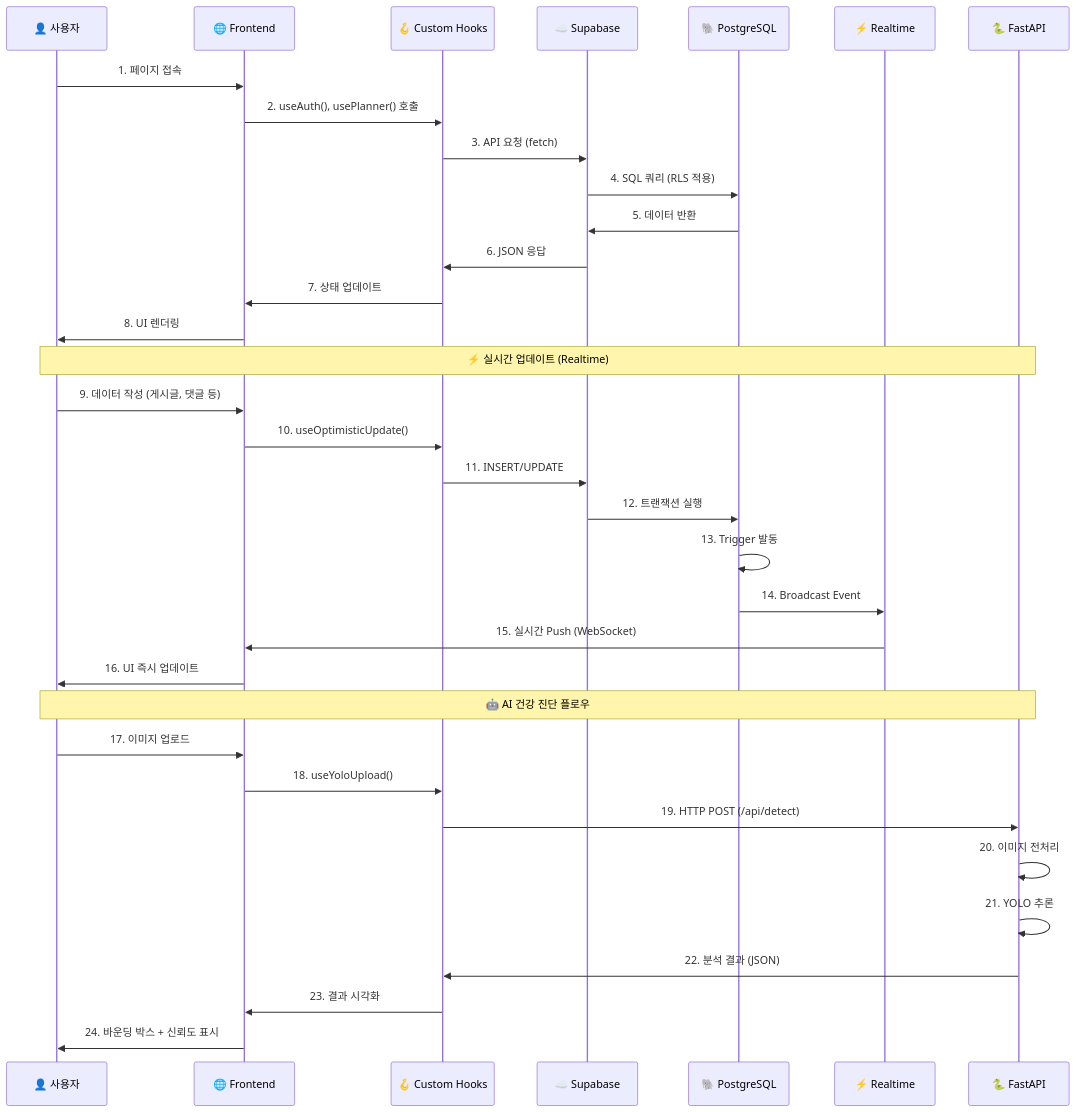
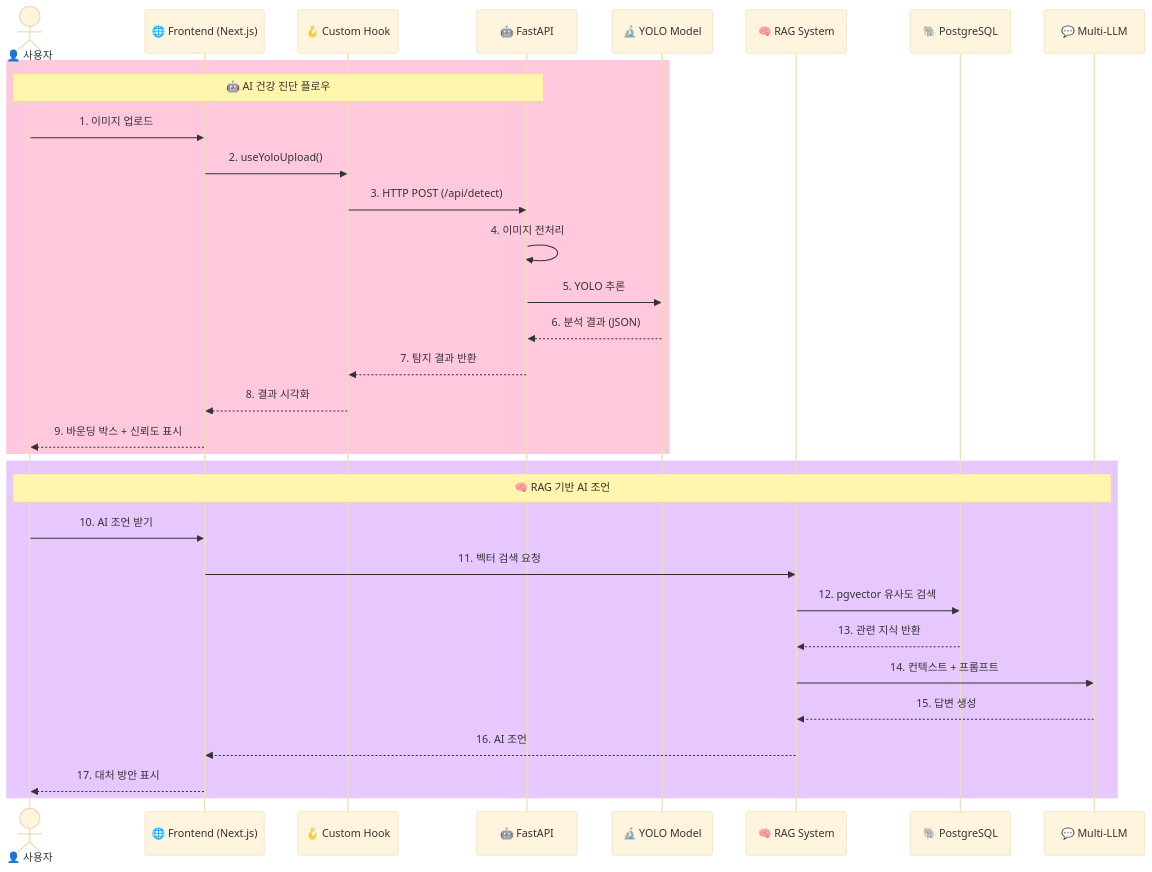
Before and after one commit to LYSS-LGU/wh07-3rd-Fetpal: the third of 9 diagrams in README.md, drawn with Mermaid. The commit also changed other lines of this file and 1 other file, not shown here.

First line of the commit message:
docs: 04_시스템아키텍처 브랜치 README를 v3 최신 버전으로 업데이트

````diff
--- a/README.md
+++ b/README.md
@@ -61,41 +74,37 @@
 ```mermaid
+%%{init: {'theme':'base', 'themeVariables': { 'fontSize':'22px', 'fontFamily':'arial'}}}%%
 sequenceDiagram
-    participant User as 👤 사용자
-    participant Frontend as 🌐 Frontend
-    participant Hooks as 🪝 Custom Hooks
-    participant Supabase as ☁️ Supabase
+    actor User as 👤 사용자
+    participant FE as 🌐 Frontend (Next.js)
+    participant Hook as 🪝 Custom Hook
+    participant AI as 🤖 FastAPI
+    participant YOLO as 🔬 YOLO Model
+    participant RAG as 🧠 RAG System
     participant DB as 🐘 PostgreSQL
-    participant Realtime as ⚡ Realtime
-    participant FastAPI as 🐍 FastAPI
+    participant LLM as 💬 Multi-LLM
 
-    User->>Frontend: 1. 페이지 접속
-    Frontend->>Hooks: 2. useAuth(), usePlanner() 호출
-    Hooks->>Supabase: 3. API 요청 (fetch)
-    Supabase->>DB: 4. SQL 쿼리 (RLS 적용)
-    DB->>Supabase: 5. 데이터 반환
-    Supabase->>Hooks: 6. JSON 응답
-    Hooks->>Frontend: 7. 상태 업데이트
-    Frontend->>User: 8. UI 렌더링
+    rect rgb(255, 200, 220)
+        Note over User,AI: 🤖 AI 건강 진단 플로우
+        User->>FE: 1. 이미지 업로드
+        FE->>Hook: 2. useYoloUpload()
+        Hook->>AI: 3. HTTP POST (/api/detect)
+        AI->>AI: 4. 이미지 전처리
+        AI->>YOLO: 5. YOLO 추론
+        YOLO-->>AI: 6. 분석 결과 (JSON)
+        AI-->>Hook: 7. 탐지 결과 반환
+        Hook-->>FE: 8. 결과 시각화
+        FE-->>User: 9. 바운딩 박스 + 신뢰도 표시
+    end
 
-    Note over User,FastAPI: ⚡ 실시간 업데이트 (Realtime)
-
-    User->>Frontend: 9. 데이터 작성 (게시글, 댓글 등)
-    Frontend->>Hooks: 10. useOptimisticUpdate()
-    Hooks->>Supabase: 11. INSERT/UPDATE
-    Supabase->>DB: 12. 트랜잭션 실행
-    DB->>DB: 13. Trigger 발동
-    DB->>Realtime: 14. Broadcast Event
-    Realtime->>Frontend: 15. 실시간 Push (WebSocket)
-    Frontend->>User: 16. UI 즉시 업데이트
-
-    Note over User,FastAPI: 🤖 AI 건강 진단 플로우
-
-    User->>Frontend: 17. 이미지 업로드
-    Frontend->>Hooks: 18. useYoloUpload()
-    Hooks->>FastAPI: 19. HTTP POST (/api/detect)
-    FastAPI->>FastAPI: 20. 이미지 전처리
-    FastAPI->>FastAPI: 21. YOLO 추론
-    FastAPI->>Hooks: 22. 분석 결과 (JSON)
-    Hooks->>Frontend: 23. 결과 시각화
-    Frontend->>User: 24. 바운딩 박스 + 신뢰도 표시
+    rect rgb(230, 200, 255)
+        Note over User,LLM: 🧠 RAG 기반 AI 조언
+        User->>FE: 10. AI 조언 받기
+        FE->>RAG: 11. 벡터 검색 요청
+        RAG->>DB: 12. pgvector 유사도 검색
+        DB-->>RAG: 13. 관련 지식 반환
+        RAG->>LLM: 14. 컨텍스트 + 프롬프트
+        LLM-->>RAG: 15. 답변 생성
+        RAG-->>FE: 16. AI 조언
+        FE-->>User: 17. 대처 방안 표시
+    end
 ```
````
